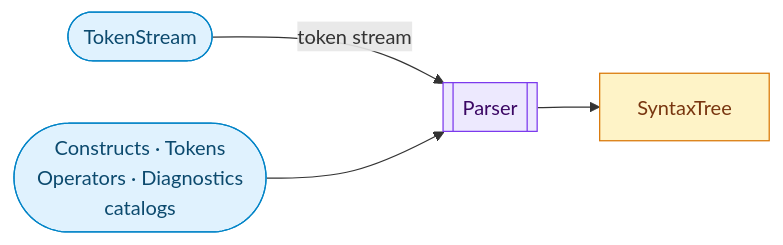
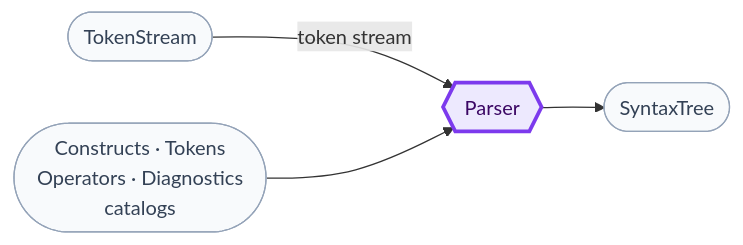
The third of 9 diagrams in docs/compiler-and-runtime-design.md (sfalik/Precept), drawn with Mermaid before and after one commit. The commit also changed other lines of this file, not shown here.

Commit message:
docs: fix diagram shape consistency and visual hierarchy in §4–§11

````diff
--- a/docs/compiler-and-runtime-design.md
+++ b/docs/compiler-and-runtime-design.md
@@ -177,15 +176,14 @@
 ```mermaid
 flowchart LR
-    TS(["TokenStream"]):::input
-    CAT(["Constructs · Tokens\nOperators · Diagnostics\ncatalogs"]):::input
-    PAR[["Parser"]]:::stage
-    OUT["SyntaxTree"]:::artifact
+    classDef data fill:#f8fafc,stroke:#94a3b8,color:#334155
+    classDef stage fill:#ede9fe,stroke:#7c3aed,stroke-width:3px,color:#3b0764
+
+    TS(["TokenStream"]):::data
+    CAT(["Constructs · Tokens\nOperators · Diagnostics\ncatalogs"]):::data
+    PAR{{"Parser"}}:::stage
+    OUT(["SyntaxTree"]):::data
 
     TS -->|"token stream"| PAR
     CAT --> PAR
     PAR --> OUT
-
-    classDef input fill:#e0f2fe,stroke:#0284c7,color:#0c4a6e
-    classDef stage fill:#ede9fe,stroke:#7c3aed,color:#3b0764
-    classDef artifact fill:#fef3c7,stroke:#d97706,color:#78350f
 ```
````
